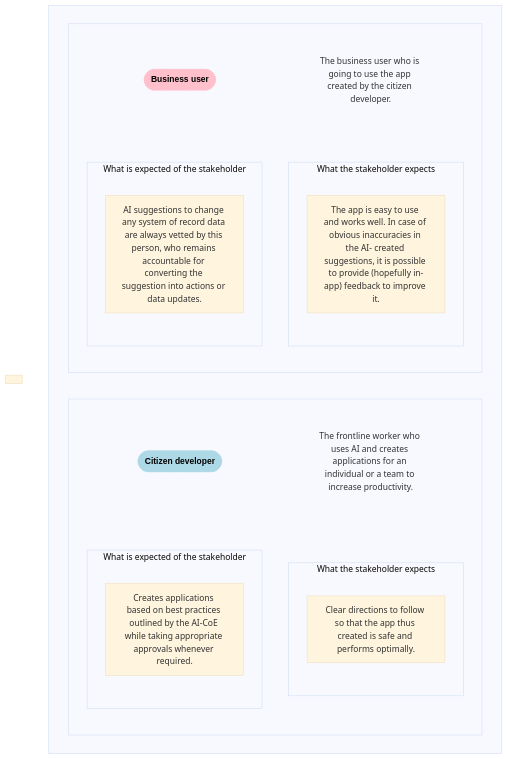
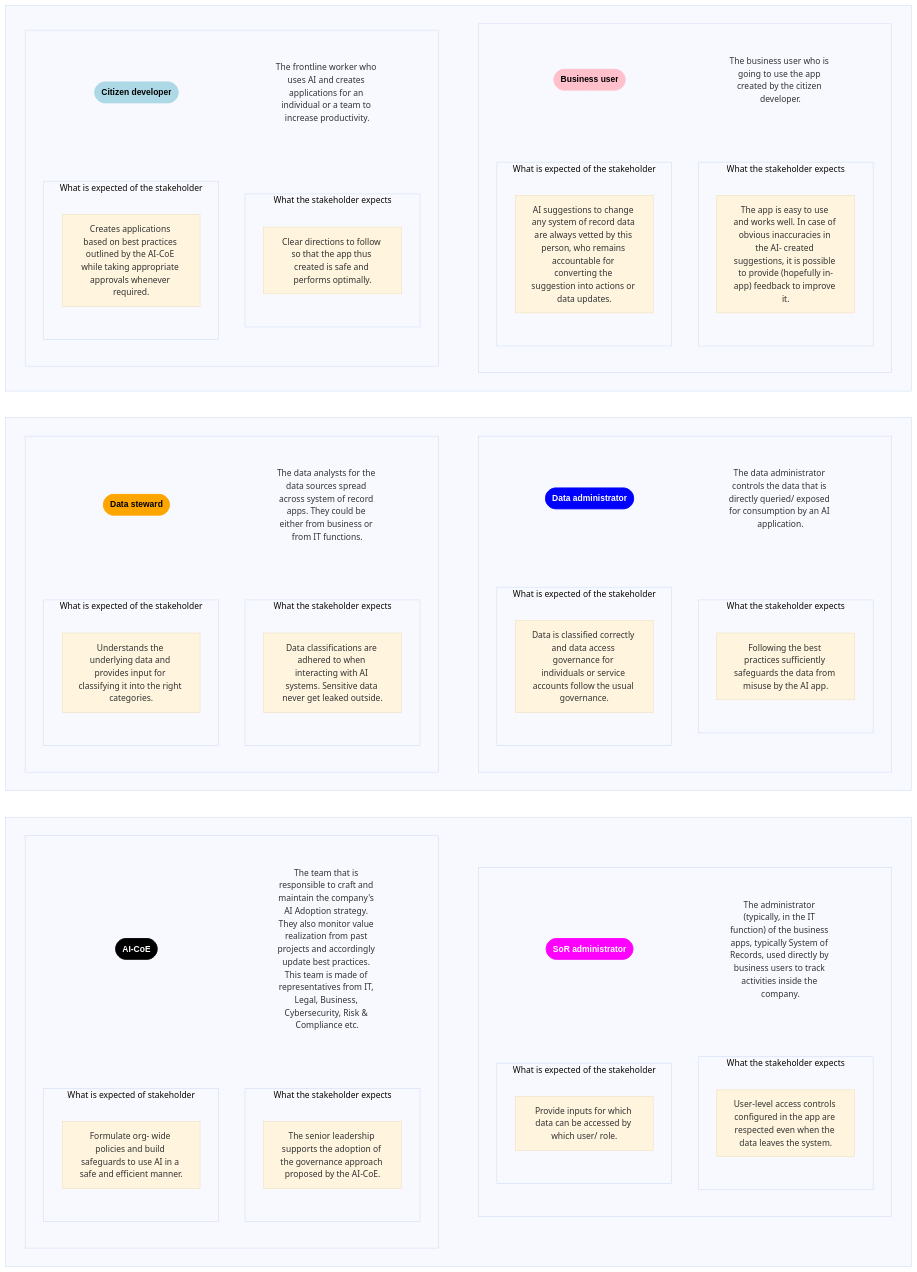
Before and after one commit to DuttaSoumya/AI-Architecture: the first of 5 diagrams in README.md, drawn with Mermaid (base theme). The commit also changed other lines of this file, not shown here.

Commit message:
changover to rows in mermaid

````diff
--- a/README.md
+++ b/README.md
@@ -61,9 +61,8 @@
             end;
 
             CitizenDev & CTZDesc ~~~ CTZExpectation & CTZResponsibility
-
-            classDef User_CTZ stroke:LightBlue, fill:LightBlue, font-family:Arial, color:Black, font-weight:Bold
         end;
+        class CitizenDeveloper Cell;
         subgraph BusinessUser[ ]
             BizUser([Business user])
             class BizUser User_BIZ
@@ -76,11 +75,88 @@
             end;
 
             BizUser & BIZDesc ~~~ BIZExpectation & BIZResponsibility
+        end;
+        class BusinessUser Cell;
+    end;
+    class row1 Row;
 
-            classDef User_BIZ stroke:Pink, fill:Pink, font-family:Arial, color:Black, font-weight:Bold
-        end;
-    end;
     subgraph row2[ ]
         direction LR
+        subgraph DataSteward[ ]
+            DATAUser([Data steward])
+            class DATAUser User_DATA
+            DATADesc@{ shape: "text", label: "The data analysts for the data sources spread across system of record apps. They could be either from business or from IT functions." }
+            subgraph DATAExpectation["What the stakeholder expects"]
+                DATAExpectation_@{ shape: "rect", label: "Data classifications are adhered to when interacting with AI systems. Sensitive data never get leaked outside." }
+            end;
+            subgraph DATAResponsibility["What is expected of the stakeholder"]
+                DATAResponsibility_@{ shape: "rect", label: "Understands the underlying data and provides input for classifying it into the right categories." }
+            end;
+    
+            DATAUser & DATADesc ~~~ DATAExpectation & DATAResponsibility
+        end;
+        class DataSteward Cell;
+        subgraph DataAdmin[ ]
+            DADMUser([Data administrator])
+            class DADMUser User_DADM
+            DADMDesc@{ shape: "text", label: "The data administrator controls the data that is directly queried/ exposed for consumption by an AI application." }
+            subgraph DADMExpectation["What the stakeholder expects"]
+                DADMExpectation_@{ shape: "rect", label: "Following the best practices sufficiently safeguards the data from misuse by the AI app." }
+            end;
+            subgraph DADMResponsibility["What is expected of the stakeholder"]
+                DADMResponsibility_@{ shape: "rect", label: "Data is classified correctly and data access governance for individuals or service accounts follow the usual governance." }
+            end;
+
+            DADMUser & DADMDesc ~~~ DADMExpectation & DADMResponsibility
+        end;
+        class DataAdmin Cell;
     end;
+    class row2 Row;
+
+    subgraph row3[ ]
+        direction LR
+        subgraph CoE[ ]
+            COEUser([AI-CoE])
+            class COEUser User_COE
+            COEDesc@{ shape: "text", label: "The team that is responsible to craft and maintain the company's AI Adoption strategy. They also monitor value realization from past projects and accordingly update best practices. This team is made of representatives from IT, Legal, Business, Cybersecurity, Risk & Compliance etc." }
+            subgraph COEExpectation["What the stakeholder expects"]
+                COEExpectation_@{ shape: "rect", label: "The senior leadership supports the adoption of the governance approach proposed by the AI-CoE." }
+            end;
+            subgraph COEResponsibility["What is expected of stakeholder"]
+                COEResponsibility_@{ shape: "rect", label: "Formulate org- wide policies and build safeguards to use AI in a safe and efficient manner." }
+            end;
+
+            COEUser & COEDesc ~~~ COEExpectation & COEResponsibility
+        end;
+        class CoE Cell;
+        subgraph SorAdmin[ ]
+            SoRADMUser([SoR administrator])
+            class SoRADMUser User_SoRADM
+            SoRADMDesc@{ shape: "text", label: "The administrator (typically, in the IT function) of the business apps, typically System of Records, used directly by business users to track activities inside the company." }
+            subgraph SoRADMExpectation["What the stakeholder expects"]
+                SoRADMExpectation_@{ shape: "rect", label: "User-level access controls configured in the app are respected even when the data leaves the system." }
+            end;
+            subgraph SoRADMResponsibility["What is expected of the stakeholder"]
+                SoRADMResponsibility_@{ shape: "rect", label: "Provide inputs for which data can be accessed by which user/ role." }
+            end;
+
+            SoRADMUser & SoRADMDesc ~~~ SoRADMExpectation & SoRADMResponsibility
+        end;
+        class SorAdmin Cell;
+    end;
+    class row3 Row;
+
+    CitizenDeveloper ~~~ BusinessUser
+    DataSteward ~~~ DataAdmin
+    CoE ~~~ SorAdmin
+    row1 ~~~ row2 ~~~ row3
+
+    classDef Row stroke: None, fill: None
+    classDef Cell stroke: Black, fill: None
+    classDef User_CTZ stroke:LightBlue, fill:LightBlue, font-family:Arial, color:Black, font-weight:Bold
+    classDef User_BIZ stroke:Pink, fill:Pink, font-family:Arial, color:Black, font-weight:Bold
+    classDef User_DATA stroke:Orange, fill:Orange, font-family:Arial, color:Black, font-weight:Bold
+    classDef User_DADM stroke:Blue, fill:Blue, color: White, font-family:Arial, font-weight:Bold
+    classDef User_COE stroke:Black, fill:Black, color: White, font-family:Arial, font-weight:Bold
+    classDef User_SoRADM stroke:Magenta, fill:Magenta, color: White, font-family:Arial, font-weight:Bold
 ```
````
